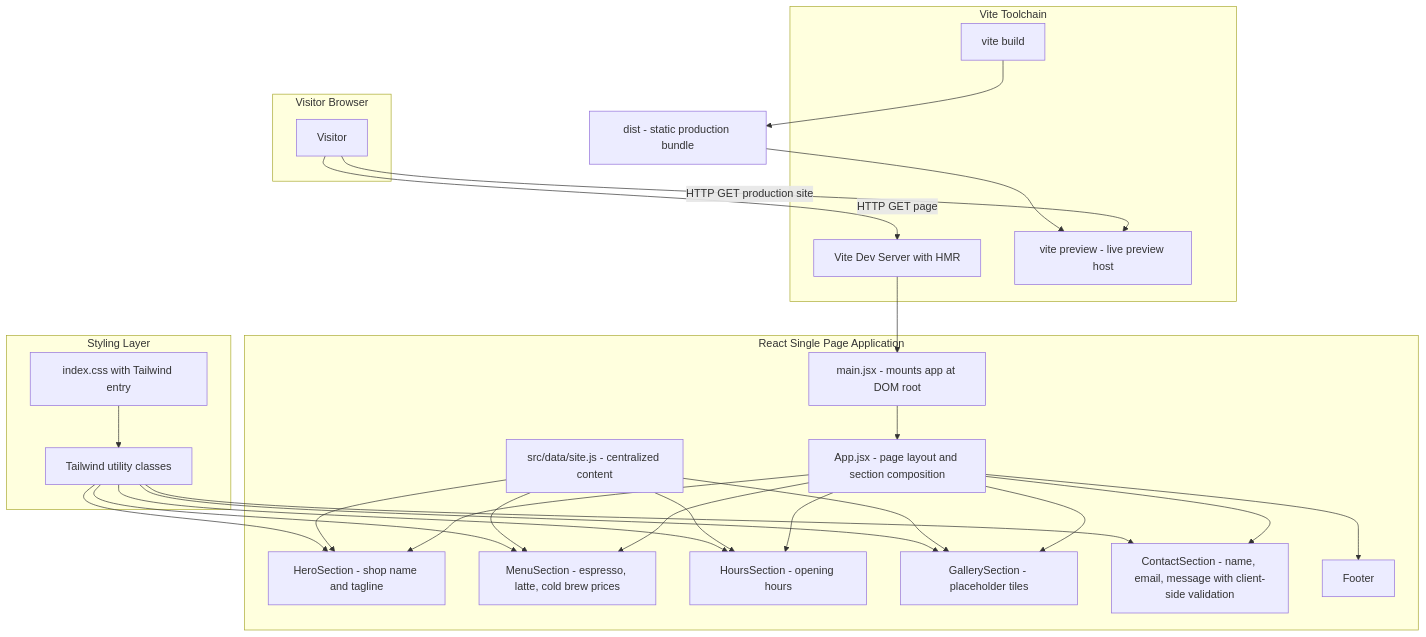
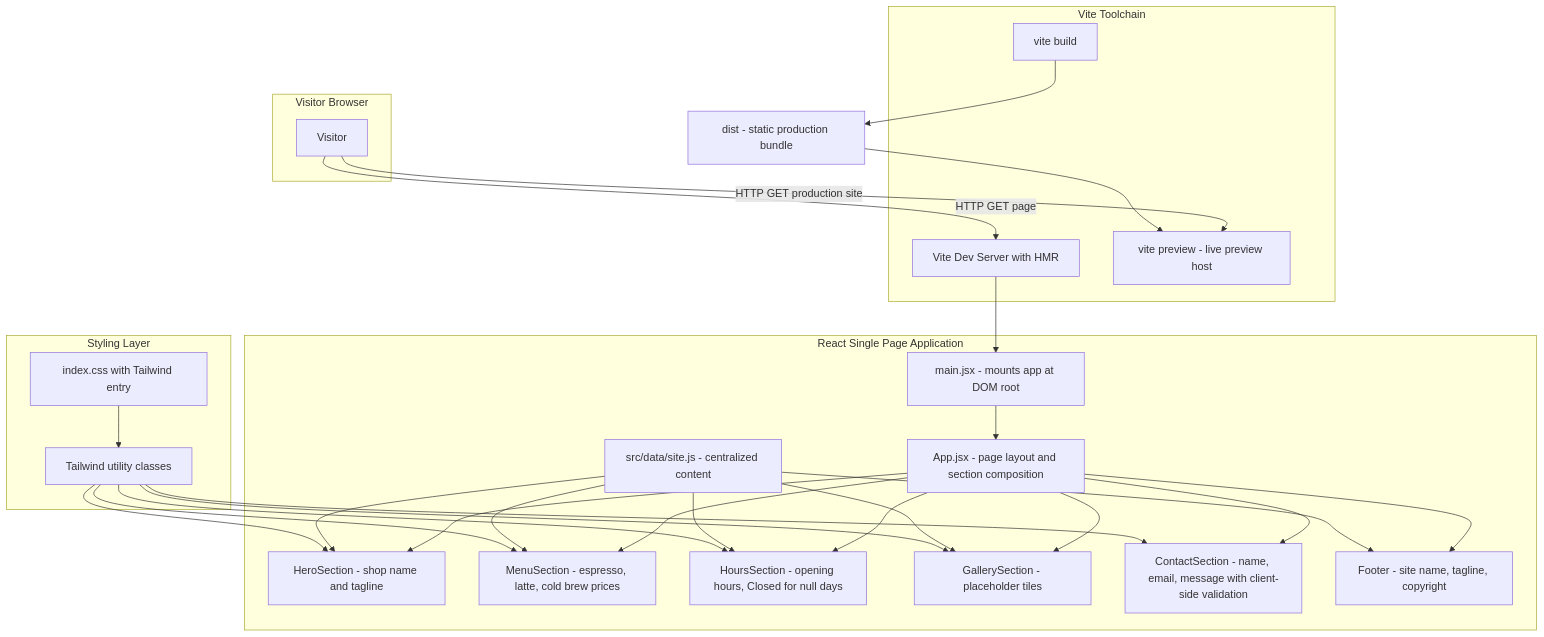
One commit to pinkesh-prajapati/demo-coffee-shop-9k2f changed the first of 2 diagrams in docs/architecture.md. Above: the diagram before and after it, drawn with Mermaid. The commit also changed other lines of this file and 7 other files, not shown here.

````diff
--- a/docs/architecture.md
+++ b/docs/architecture.md
@@ -9,54 +9,55 @@
 ```mermaid
 flowchart TD
     subgraph Client["Visitor Browser"]
         U["Visitor"]
     end
 
     subgraph Toolchain["Vite Toolchain"]
         DEV["Vite Dev Server with HMR"]
         BUILD["vite build"]
         PREVIEW["vite preview - live preview host"]
     end
 
     subgraph App["React Single Page Application"]
         ENTRY["main.jsx - mounts app at DOM root"]
         APP["App.jsx - page layout and section composition"]
         DATA["src/data/site.js - centralized content"]
         HERO["HeroSection - shop name and tagline"]
         MENU["MenuSection - espresso, latte, cold brew prices"]
-        HOURS["HoursSection - opening hours"]
+        HOURS["HoursSection - opening hours, Closed for null days"]
         GALLERY["GallerySection - placeholder tiles"]
         FORM["ContactSection - name, email, message with client-side validation"]
-        FOOTER["Footer"]
+        FOOTER["Footer - site name, tagline, copyright"]
     end
 
     subgraph Styling["Styling Layer"]
         CSS["index.css with Tailwind entry"]
         TW["Tailwind utility classes"]
     end
 
     DIST["dist - static production bundle"]
 
     U -->|"HTTP GET page"| DEV
     U -->|"HTTP GET production site"| PREVIEW
     DEV --> ENTRY
     BUILD --> DIST
     DIST --> PREVIEW
     ENTRY --> APP
     APP --> HERO
     APP --> MENU
     APP --> HOURS
     APP --> GALLERY
     APP --> FORM
     APP --> FOOTER
     DATA --> HERO
     DATA --> MENU
     DATA --> HOURS
     DATA --> GALLERY
+    DATA --> FOOTER
     CSS --> TW
     TW --> HERO
     TW --> MENU
     TW --> HOURS
     TW --> GALLERY
     TW --> FORM
 ```
````
